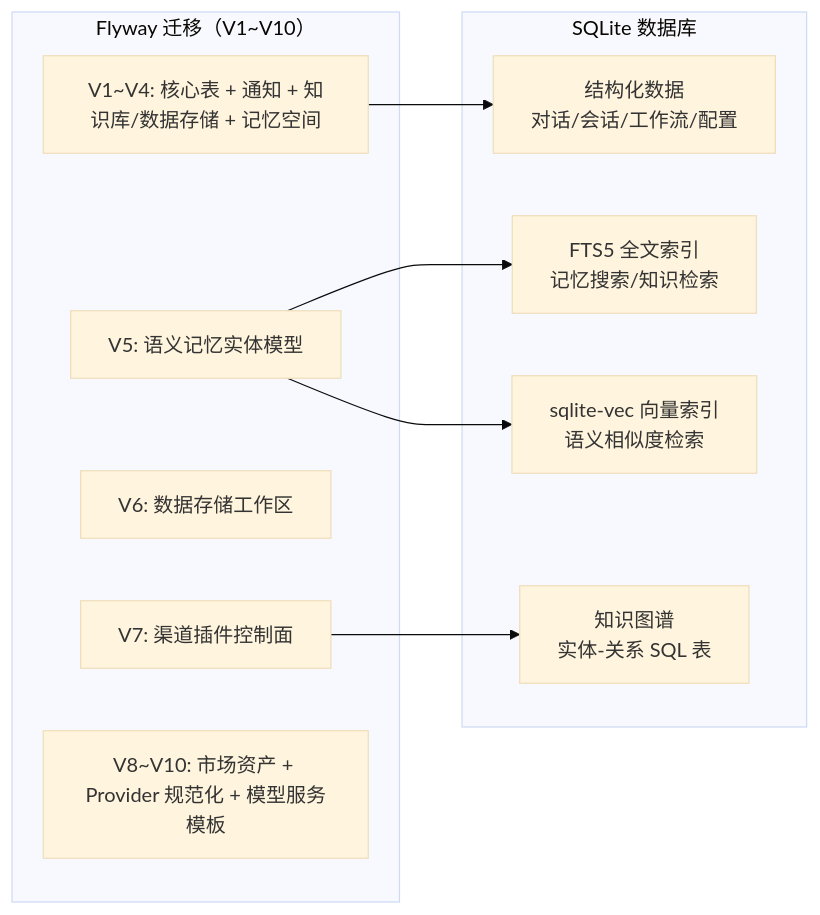
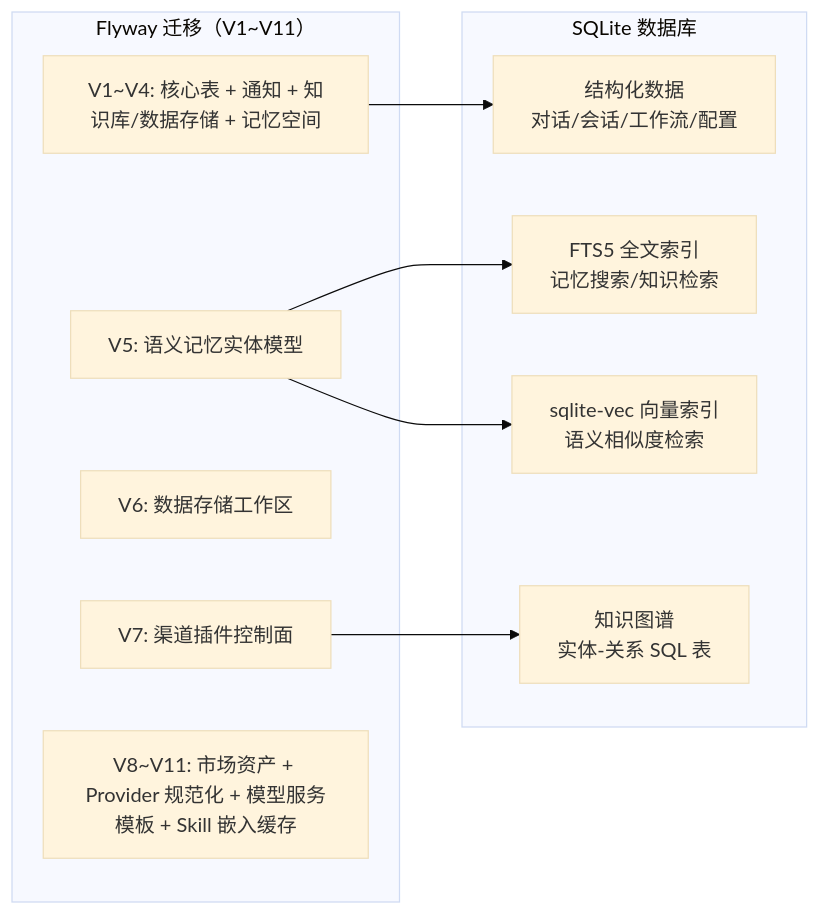
Before and after one commit to ntygod/LifePilot: the third of 4 diagrams in docs/ARCHITECTURE.md, drawn with Mermaid (base theme). The commit also changed 9 other files, not shown here.

````diff
--- a/docs/ARCHITECTURE.md
+++ b/docs/ARCHITECTURE.md
@@ -181,22 +181,22 @@
 ```mermaid
 graph LR
     subgraph "SQLite 数据库"
         SQL["结构化数据<br/>对话/会话/工作流/配置"]
         FTS["FTS5 全文索引<br/>记忆搜索/知识检索"]
         VEC["sqlite-vec 向量索引<br/>语义相似度检索"]
         GRAPH["知识图谱<br/>实体-关系 SQL 表"]
     end
 
-    subgraph "Flyway 迁移（V1~V10）"
+    subgraph "Flyway 迁移（V1~V11）"
         V1["V1~V4: 核心表 + 通知 + 知识库/数据存储 + 记忆空间"]
         V5["V5: 语义记忆实体模型"]
         V6["V6: 数据存储工作区"]
         V7["V7: 渠道插件控制面"]
-        V8["V8~V10: 市场资产 + Provider 规范化 + 模型服务模板"]
+        V8["V8~V11: 市场资产 + Provider 规范化 + 模型服务模板 + Skill 嵌入缓存"]
     end
 
     V1 --> SQL
     V5 --> FTS
     V5 --> VEC
     V7 --> GRAPH
 ```
````
